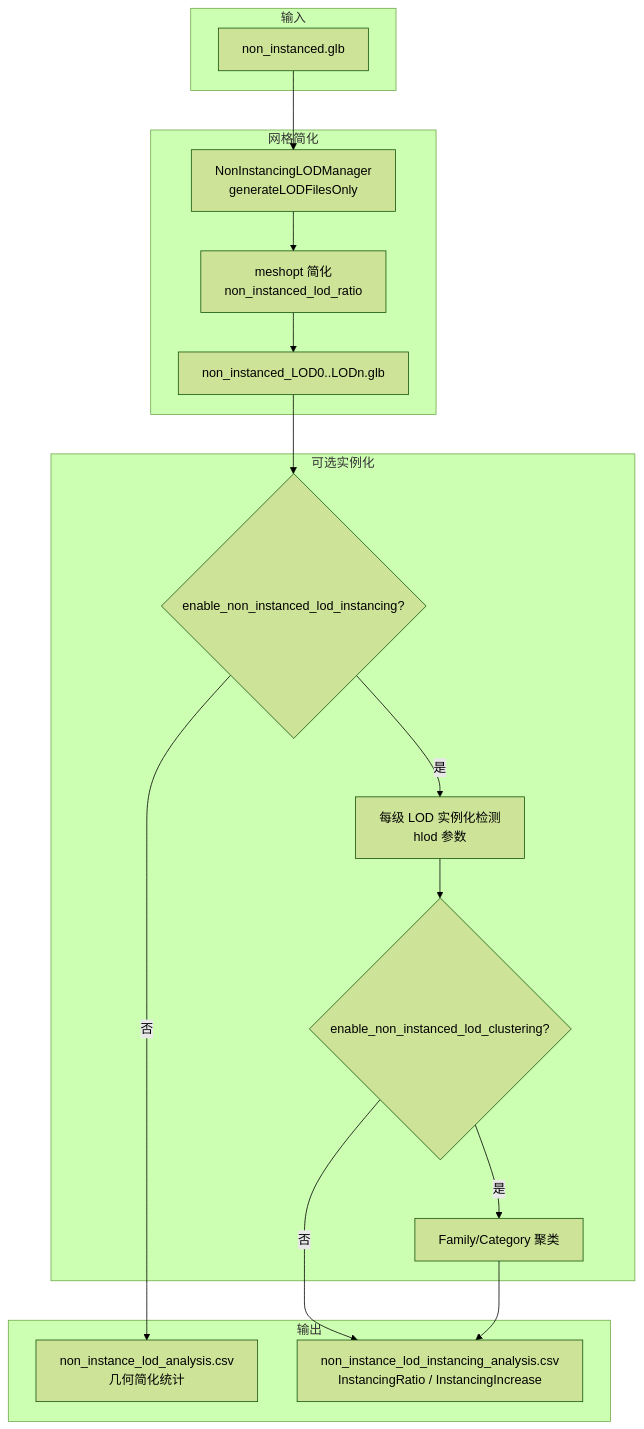
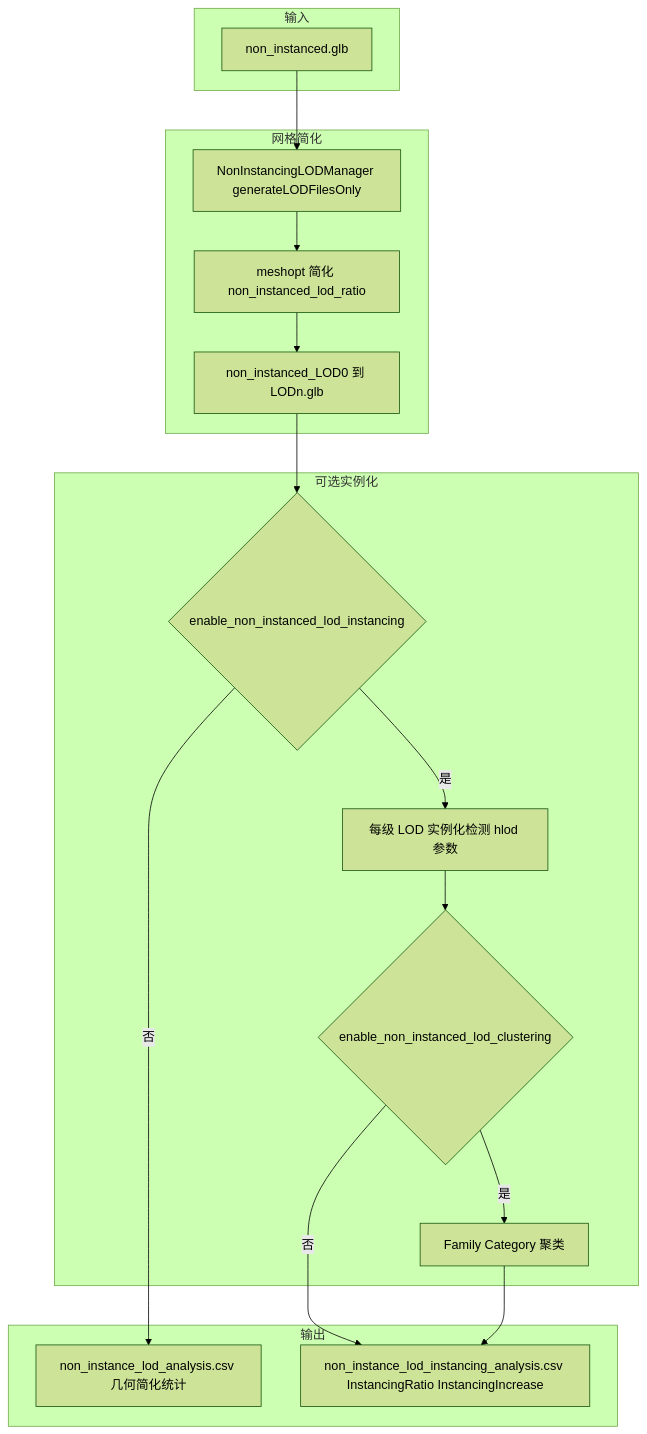
Before and after one commit to 271586852/GltfInstancingAndTilingTool: the fifth of 9 diagrams in diagrams/技术流程图_mermaid.md, drawn with Mermaid (forest theme). The commit also changed other lines of this file and 5 other files, not shown here.

````diff
--- a/diagrams/技术流程图_mermaid.md
+++ b/diagrams/技术流程图_mermaid.md
@@ -164,35 +216,35 @@
 ```mermaid
-flowchart TB
-    subgraph 输入
+graph TB
+    subgraph input4[输入]
         N1[non_instanced.glb]
     end
 
-    subgraph 网格简化
-        N2[NonInstancingLODManager<br/>generateLODFilesOnly]
-        N3[meshopt 简化<br/>non_instanced_lod_ratio]
-        N4[non_instanced_LOD0..LODn.glb]
+    subgraph simplify[网格简化]
+        N2[NonInstancingLODManager generateLODFilesOnly]
+        N3[meshopt 简化 non_instanced_lod_ratio]
+        N4[non_instanced_LOD0 到 LODn.glb]
     end
 
-    subgraph 可选实例化
-        N5{enable_non_instanced_lod_instancing?}
-        N6[每级 LOD 实例化检测<br/>hlod 参数]
-        N7{enable_non_instanced_lod_clustering?}
-        N8[Family/Category 聚类]
+    subgraph optional[可选实例化]
+        N5{enable_non_instanced_lod_instancing}
+        N6[每级 LOD 实例化检测 hlod 参数]
+        N7{enable_non_instanced_lod_clustering}
+        N8[Family Category 聚类]
     end
 
-    subgraph 输出
-        N9[non_instance_lod_analysis.csv<br/>几何简化统计]
-        N10[non_instance_lod_instancing_analysis.csv<br/>InstancingRatio / InstancingIncrease]
+    subgraph output3[输出]
+        N9[non_instance_lod_analysis.csv 几何简化统计]
+        N10[non_instance_lod_instancing_analysis.csv InstancingRatio InstancingIncrease]
     end
 
     N1 --> N2
     N2 --> N3
     N3 --> N4
     N4 --> N5
     N5 -->|否| N9
     N5 -->|是| N6
     N6 --> N7
     N7 -->|是| N8
     N7 -->|否| N10
     N8 --> N10
 ```
````
